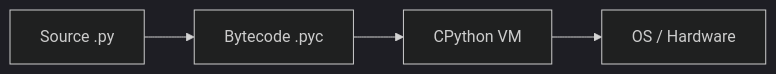
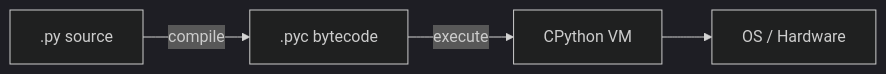
The first of 2 diagrams in docs/python/introduction.md (saivamsikaruturi/vamsilabs-dev-notes-main), drawn with Mermaid (dark theme) before and after one commit. The commit also changed other lines of this file and 3 other files, not shown here.

````diff
--- a/docs/python/introduction.md
+++ b/docs/python/introduction.md
@@ -17,6 +23,6 @@
 ```mermaid
-graph LR
-    A[Source .py] --> B[Bytecode .pyc]
-    B --> C[CPython VM]
-    C --> D[OS / Hardware]
+flowchart LR
+    A[".py source"] -->|"compile"| B[".pyc bytecode"]
+    B -->|"execute"| C["CPython VM"]
+    C --> D["OS / Hardware"]
 ```
````
